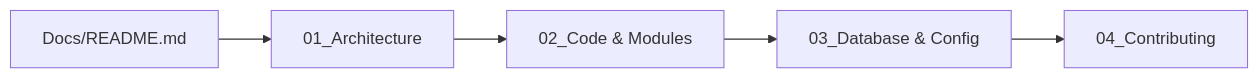
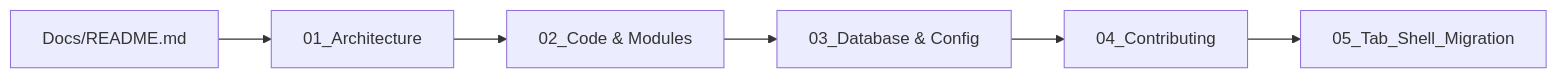
One commit to ItzzInfinity/yt-aio changed the diagram in Docs/README.md. Above: the diagram before and after it, drawn with Mermaid. The commit also changed other lines of this file and 70 other files, not shown here.

````diff
--- a/Docs/README.md
+++ b/Docs/README.md
@@ -11,7 +11,8 @@
 ```mermaid
 graph LR
     Start[Docs/README.md] --> Arch[01_Architecture]
     Arch --> Code[02_Code & Modules]
     Code --> DB[03_Database & Config]
     DB --> Contrib[04_Contributing]
+    Contrib --> Tabs[05_Tab_Shell_Migration]
 ```
````
